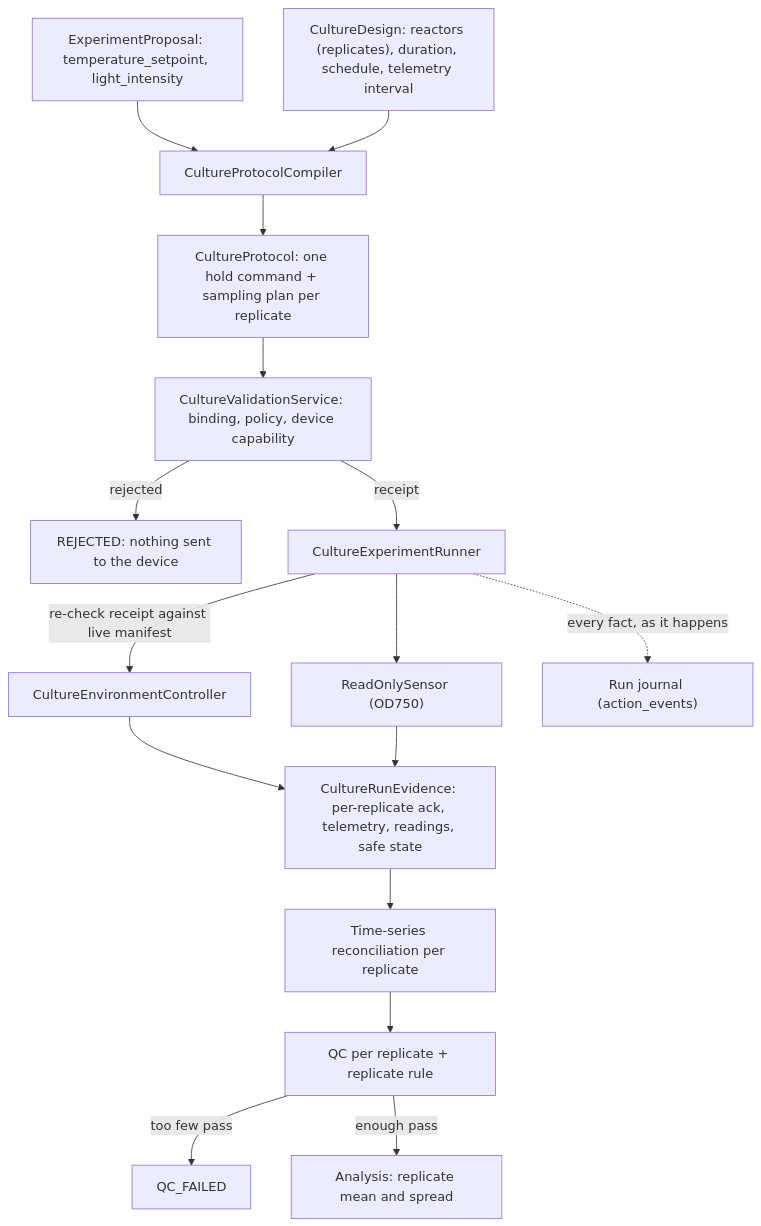
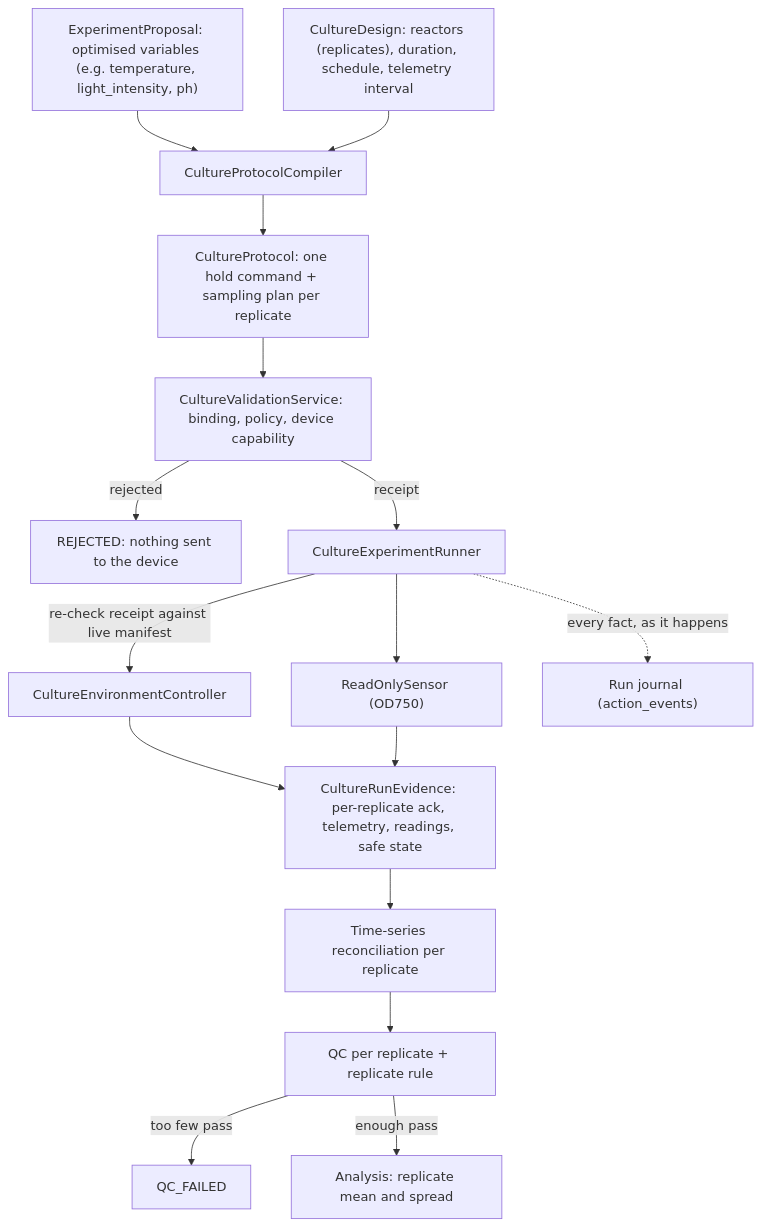
One commit to stev004/autolab changed the diagram in docs/culture.md. Above: the diagram before and after it, drawn with Mermaid. The commit also changed other lines of this file and 23 other files, not shown here.

First line of the commit message:
Culture contract v2: named controlled variables, pH via CO2, resource metrics

````diff
--- a/docs/culture.md
+++ b/docs/culture.md
@@ -42,18 +42,18 @@
 ```mermaid
 flowchart TD
-    P["ExperimentProposal: temperature_setpoint, light_intensity"] --> C["CultureProtocolCompiler"]
+    P["ExperimentProposal: optimised variables (e.g. temperature, light_intensity, ph)"] --> C["CultureProtocolCompiler"]
     D["CultureDesign: reactors (replicates), duration, schedule, telemetry interval"] --> C
     C --> PR["CultureProtocol: one hold command + sampling plan per replicate"]
     PR --> V["CultureValidationService: binding, policy, device capability"]
     V -->|rejected| R["REJECTED: nothing sent to the device"]
     V -->|receipt| X["CultureExperimentRunner"]
     X -->|"re-check receipt against live manifest"| CT["CultureEnvironmentController"]
     X --> S["ReadOnlySensor (OD750)"]
     X -.->|"every fact, as it happens"| J["Run journal (action_events)"]
     CT --> E["CultureRunEvidence: per-replicate ack, telemetry, readings, safe state"]
     S --> E
     E --> TS["Time-series reconciliation per replicate"]
     TS --> Q["QC per replicate + replicate rule"]
     Q -->|too few pass| QF["QC_FAILED"]
     Q -->|enough pass| A["Analysis: replicate mean and spread"]
 ```
````
